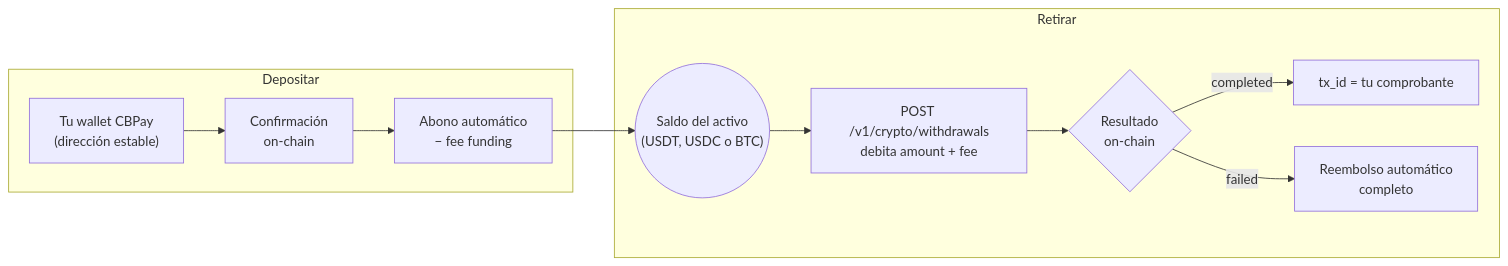
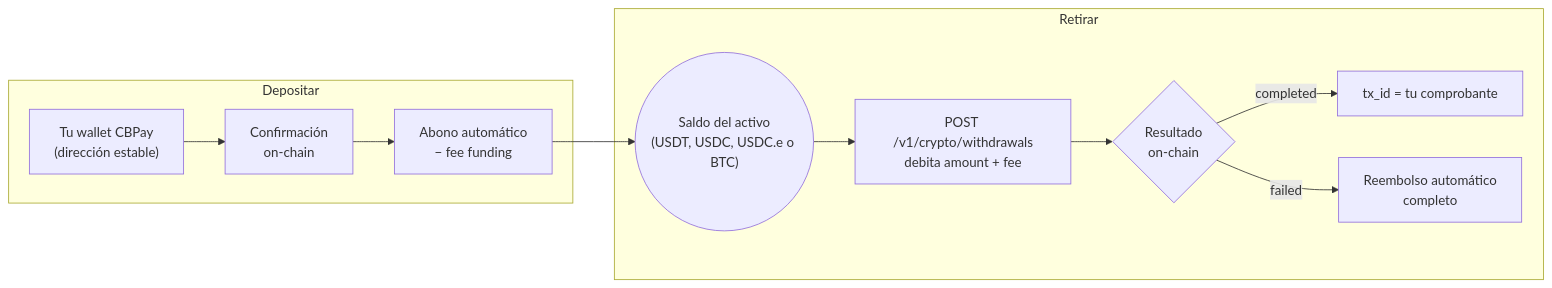
The diagram in es/guides/crypto.mdx (CBpayapp/cbpay-docs), drawn with Mermaid before and after one commit. The commit also changed other lines of this file and 64 other files, not shown here.

````diff
--- a/es/guides/crypto.mdx
+++ b/es/guides/crypto.mdx
@@ -26,14 +31,14 @@
 ```mermaid
 flowchart LR
     subgraph entrada [Depositar]
         wallet["Tu wallet CBPay<br/>(dirección estable)"] --> confirmado["Confirmación<br/>on-chain"]
         confirmado --> abono["Abono automático<br/>− fee funding"]
     end
-    abono --> saldo(("Saldo del activo<br/>(USDT, USDC o BTC)"))
+    abono --> saldo(("Saldo del activo<br/>(USDT, USDC, USDC.e o BTC)"))
     subgraph salida [Retirar]
         saldo --> retiro["POST /v1/crypto/withdrawals<br/>debita amount + fee"]
         retiro --> onchain{"Resultado<br/>on-chain"}
         onchain -->|"completed"| txid["tx_id = tu comprobante"]
         onchain -->|"failed"| refund["Reembolso automático<br/>completo"]
     end
 ```
````
